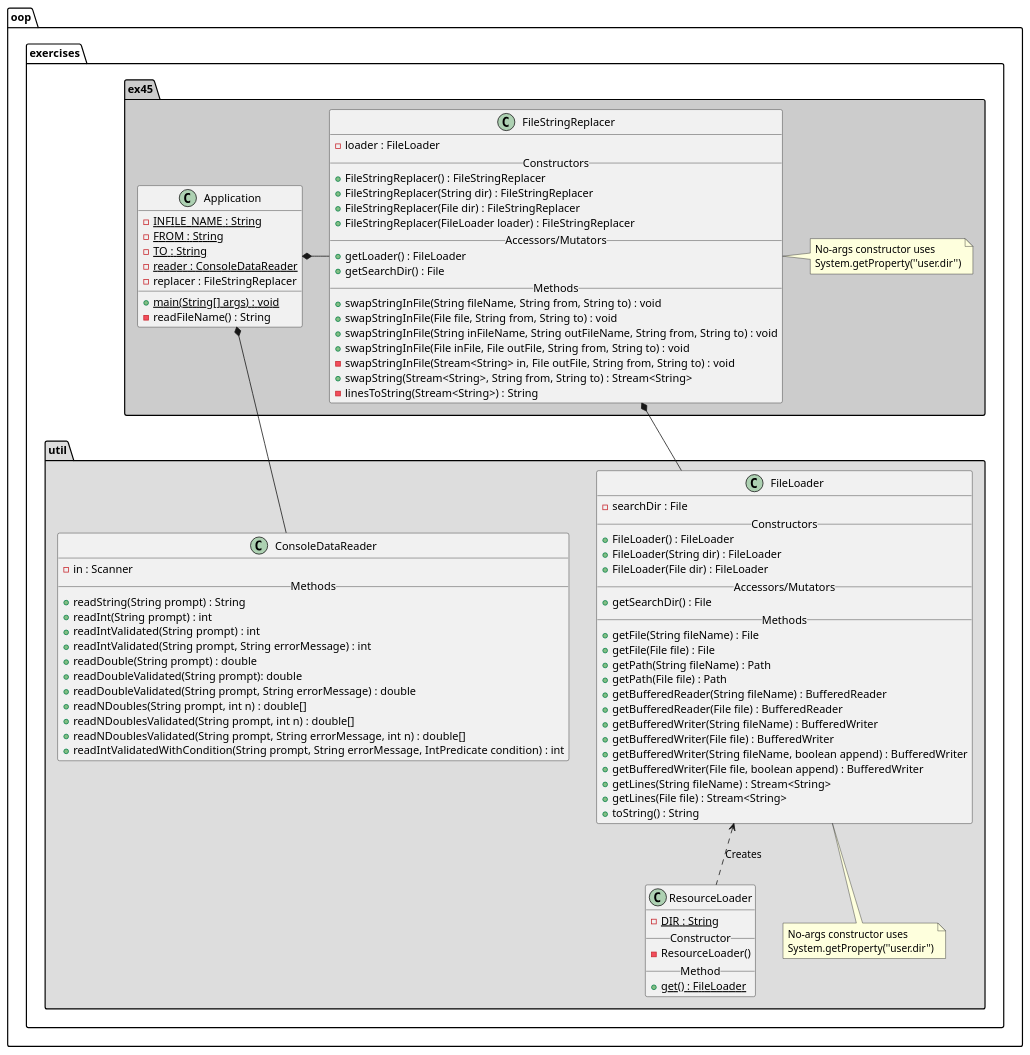
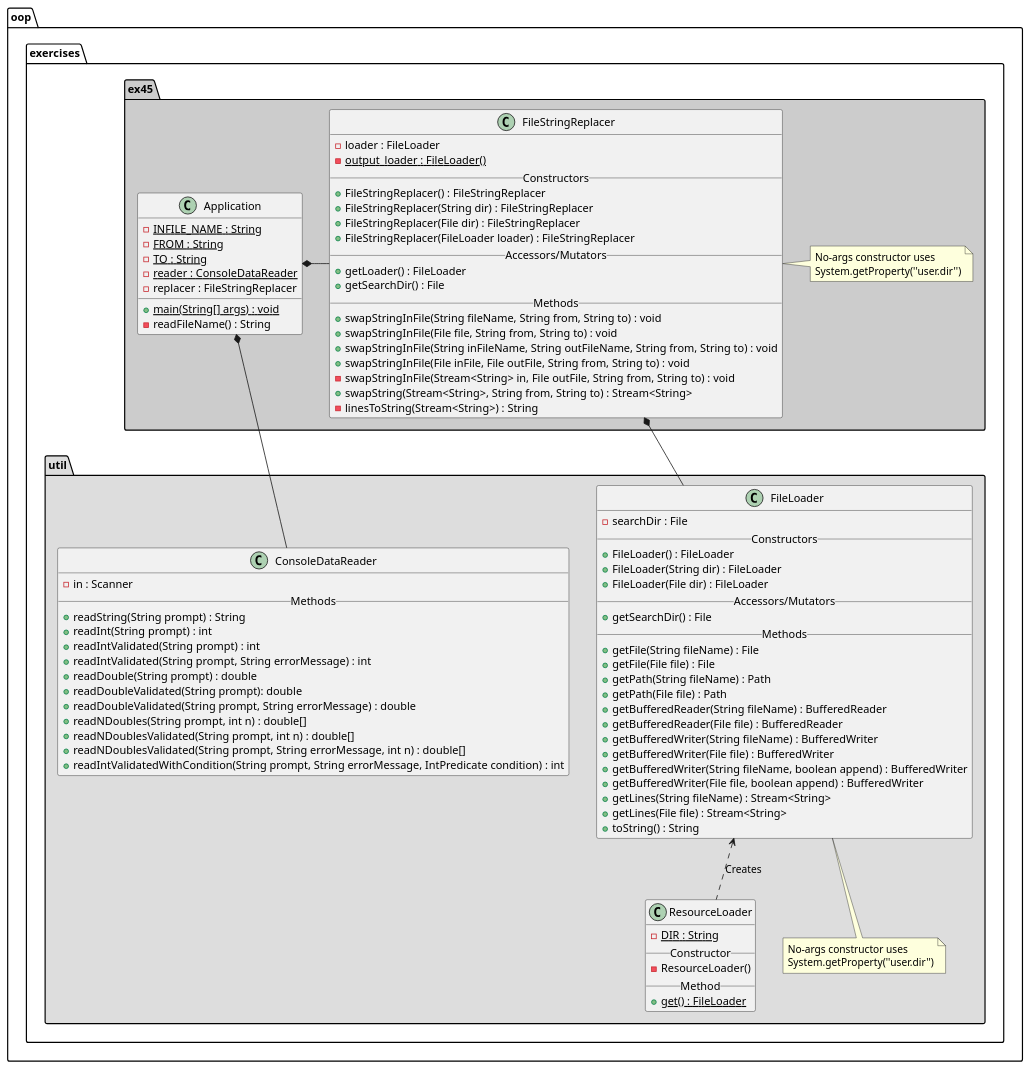
The diagram in docs/ex45ClassDiagram.puml (xera51/gray-cop3330-assignment3), drawn with PlantUML before and after one commit. The commit also changed 3 other files, not shown here.

```diff
--- a/docs/ex45ClassDiagram.puml
+++ b/docs/ex45ClassDiagram.puml
@@ -1,99 +1,100 @@
 @startuml
 
 package oop.exercises.ex45 #CCCCCC{
     class Application {
         - {static} INFILE_NAME : String
         - {static} FROM : String
         - {static} TO : String
         - {static} reader : ConsoleDataReader
         - replacer : FileStringReplacer
 
         + {static} main(String[] args) : void
         - readFileName() : String
     }
 
     class FileStringReplacer {
         - loader : FileLoader
+        - {static} output_loader : FileLoader()
         __Constructors__
         + FileStringReplacer() : FileStringReplacer
         + FileStringReplacer(String dir) : FileStringReplacer
         + FileStringReplacer(File dir) : FileStringReplacer
         + FileStringReplacer(FileLoader loader) : FileStringReplacer
         __Accessors/Mutators__
         + getLoader() : FileLoader
         + getSearchDir() : File
         __Methods__
         + swapStringInFile(String fileName, String from, String to) : void
         + swapStringInFile(File file, String from, String to) : void
         + swapStringInFile(String inFileName, String outFileName, String from, String to) : void
         + swapStringInFile(File inFile, File outFile, String from, String to) : void
         - swapStringInFile(Stream<String> in, File outFile, String from, String to) : void
         + swapString(Stream<String>, String from, String to) : Stream<String>
         - linesToString(Stream<String>) : String
     }
 
     note "No-args constructor uses\nSystem.getProperty(''user.dir'')" as emptyConstructorNoteEx45
     FileStringReplacer . emptyConstructorNoteEx45
 
     Application *- FileStringReplacer
 }
 
 package oop.exercises.util #DDDDDD{
     class FileLoader {
         - searchDir : File
         __Constructors__
         + FileLoader() : FileLoader
         + FileLoader(String dir) : FileLoader
         + FileLoader(File dir) : FileLoader
         __Accessors/Mutators__
         + getSearchDir() : File
         __Methods__
         + getFile(String fileName) : File
         + getFile(File file) : File
         + getPath(String fileName) : Path
         + getPath(File file) : Path
         + getBufferedReader(String fileName) : BufferedReader
         + getBufferedReader(File file) : BufferedReader
         + getBufferedWriter(String fileName) : BufferedWriter
         + getBufferedWriter(File file) : BufferedWriter
         + getBufferedWriter(String fileName, boolean append) : BufferedWriter
         + getBufferedWriter(File file, boolean append) : BufferedWriter
         + getLines(String fileName) : Stream<String>
         + getLines(File file) : Stream<String>
         + toString() : String
    }
 
     class ResourceLoader {
         - {static} DIR : String
         __Constructor__
         - ResourceLoader()
         __Method__
         + {static} get() : FileLoader
     }
 
     class ConsoleDataReader {
         - in : Scanner
         __Methods__
         + readString(String prompt) : String
         + readInt(String prompt) : int
         + readIntValidated(String prompt) : int
         + readIntValidated(String prompt, String errorMessage) : int
         + readDouble(String prompt) : double
         + readDoubleValidated(String prompt): double
         + readDoubleValidated(String prompt, String errorMessage) : double
         + readNDoubles(String prompt, int n) : double[]
         + readNDoublesValidated(String prompt, int n) : double[]
         + readNDoublesValidated(String prompt, String errorMessage, int n) : double[]
         + readIntValidatedWithCondition(String prompt, String errorMessage, IntPredicate condition) : int
     }
 
     FileLoader <.. ResourceLoader : "Creates"
 
     note "No-args constructor uses\nSystem.getProperty(''user.dir'')" as emptyConstructorNote
     FileLoader .. emptyConstructorNote
 
     Application *-- ConsoleDataReader
     FileStringReplacer *- FileLoader
 }
 
 @enduml
```
